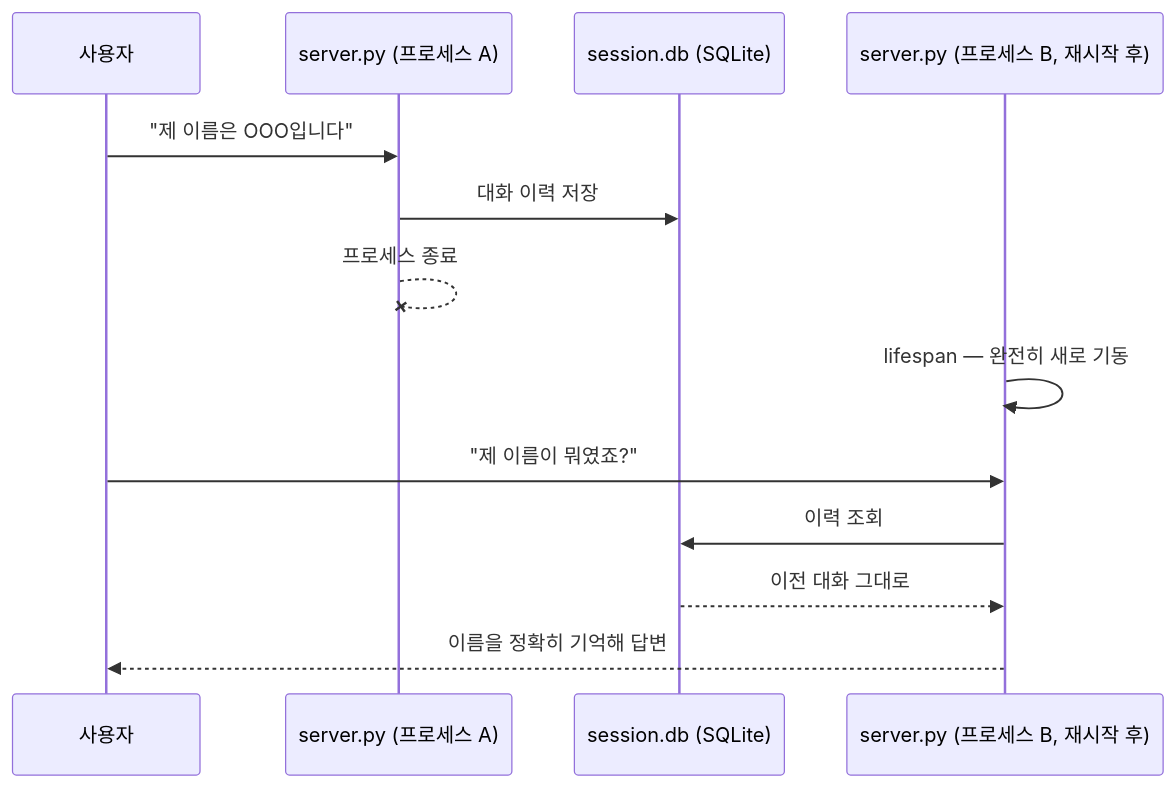
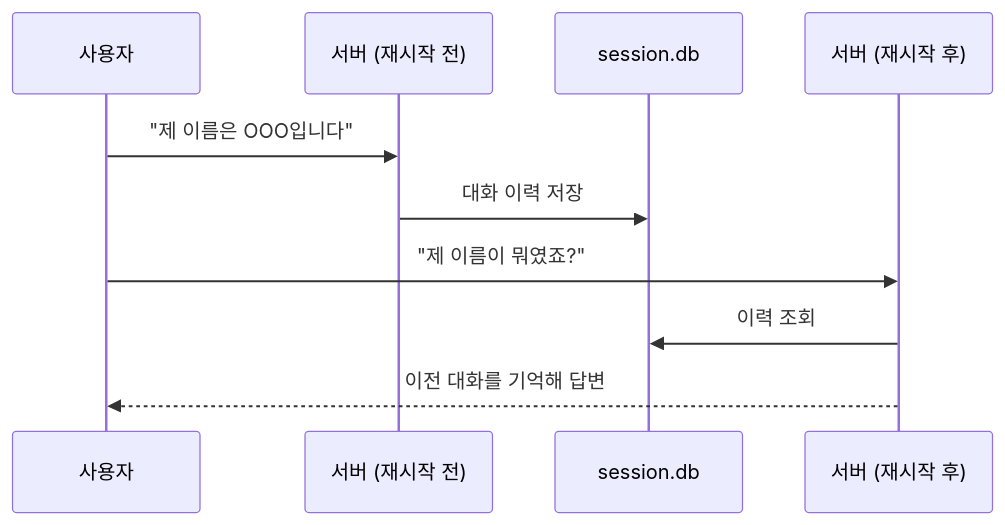
Before and after one commit to InwooLeeme/ai_mini_project: the seventh of 8 diagrams in doc/README.md, drawn with Mermaid. The commit also changed other lines of this file, not shown here.

````diff
--- a/doc/README.md
+++ b/doc/README.md
@@ -196,16 +173,13 @@
 ```mermaid
 sequenceDiagram
     participant U as 사용자
-    participant S1 as server.py (프로세스 A)
-    participant DB as session.db (SQLite)
-    participant S2 as server.py (프로세스 B, 재시작 후)
+    participant A as 서버 (재시작 전)
+    participant DB as session.db
+    participant B as 서버 (재시작 후)
 
-    U->>S1: "제 이름은 OOO입니다"
-    S1->>DB: 대화 이력 저장
-    S1--xS1: 프로세스 종료
-    S2->>S2: lifespan — 완전히 새로 기동
-    U->>S2: "제 이름이 뭐였죠?"
-    S2->>DB: 이력 조회
-    DB-->>S2: 이전 대화 그대로
-    S2-->>U: 이름을 정확히 기억해 답변
+    U->>A: "제 이름은 OOO입니다"
+    A->>DB: 대화 이력 저장
+    U->>B: "제 이름이 뭐였죠?"
+    B->>DB: 이력 조회
+    B-->>U: 이전 대화를 기억해 답변
 ```
````
